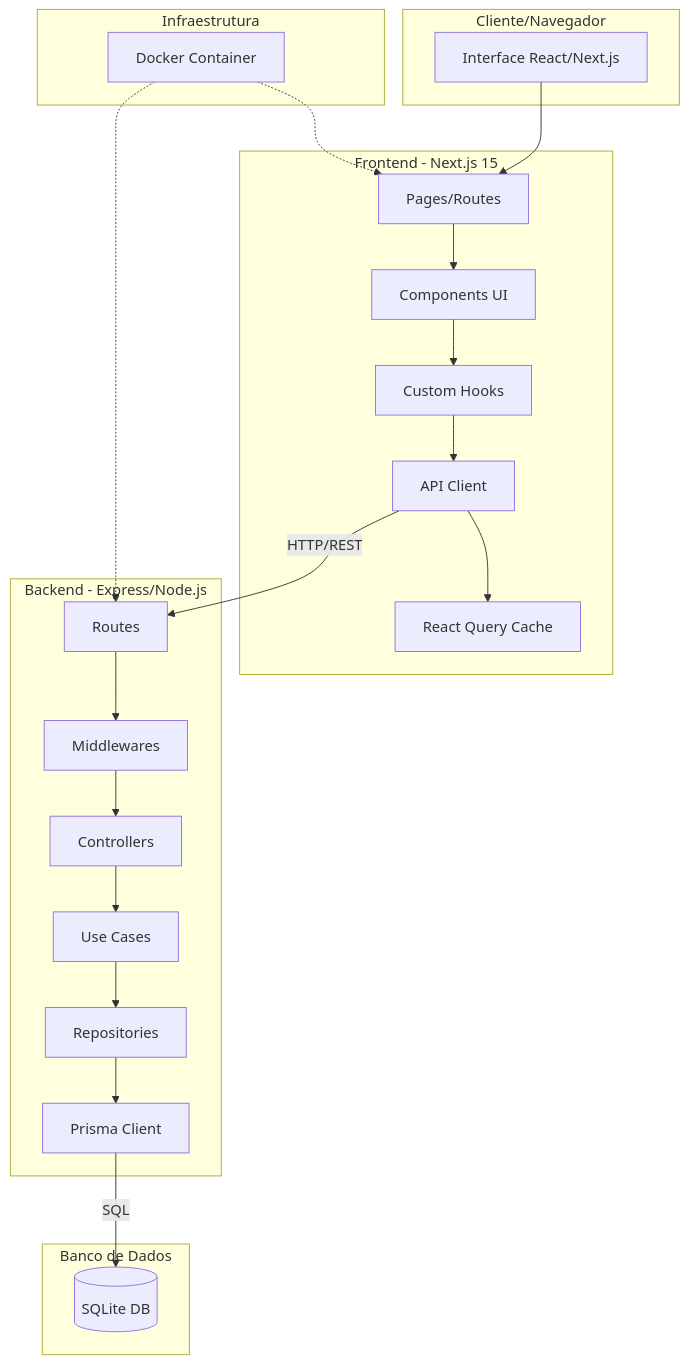
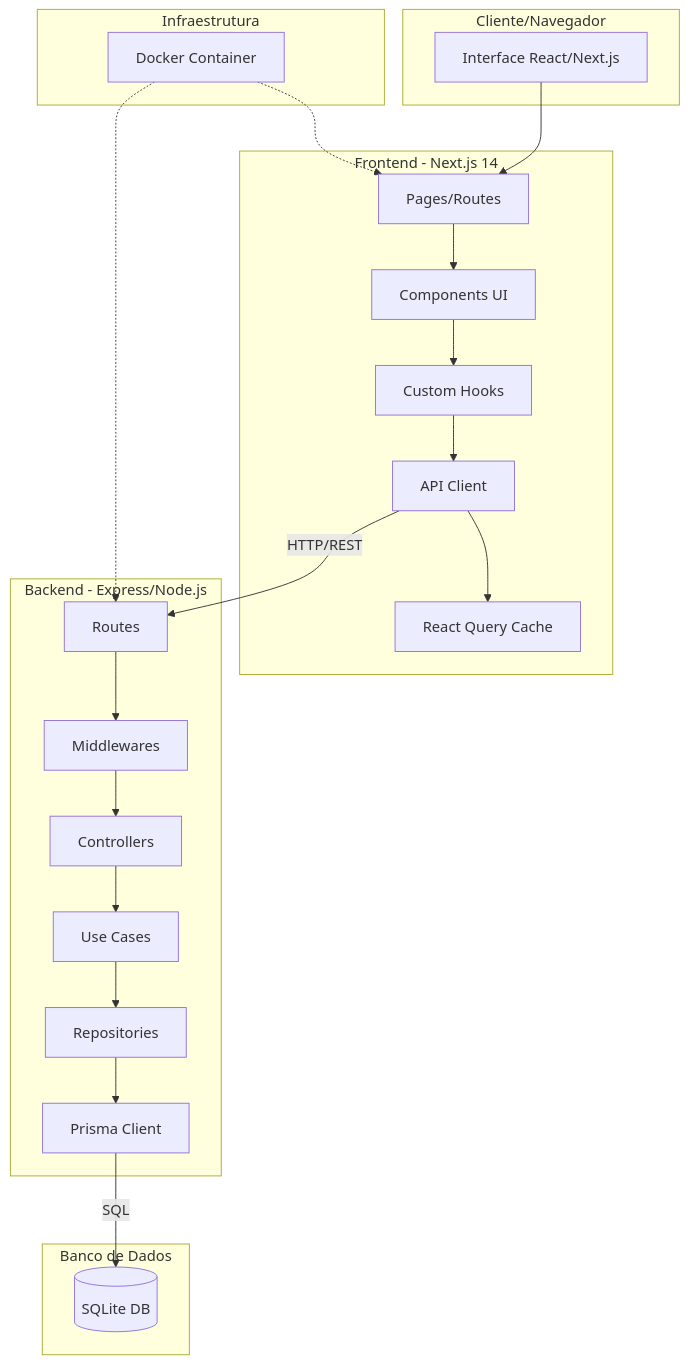
Before and after one commit to JPMworkPROG/TodoManager: the first of 3 diagrams in documentation/diagrams/architecture.md, drawn with Mermaid. The commit also changed other lines of this file, not shown here.

Commit message:
📝 update diagram

````diff
--- a/documentation/diagrams/architecture.md
+++ b/documentation/diagrams/architecture.md
@@ -5,48 +5,48 @@
 ```mermaid
 graph TB
     subgraph "Cliente/Navegador"
         UI[Interface React/Next.js]
     end
 
-    subgraph "Frontend - Next.js 15"
+    subgraph "Frontend - Next.js 14"
         Pages[Pages/Routes]
         Components[Components UI]
         Hooks[Custom Hooks]
         API_Client[API Client]
         RQ[React Query Cache]
     end
 
     subgraph "Backend - Express/Node.js"
         Routes[Routes]
         Middleware[Middlewares]
         Controllers[Controllers]
         UseCases[Use Cases]
         Repositories[Repositories]
         Prisma[Prisma Client]
     end
 
     subgraph "Banco de Dados"
         SQLite[(SQLite DB)]
     end
 
     subgraph "Infraestrutura"
         Docker[Docker Container]
     end
 
     UI --> Pages
     Pages --> Components
     Components --> Hooks
     Hooks --> API_Client
     API_Client --> RQ
     API_Client -->|HTTP/REST| Routes
     
     Routes --> Middleware
     Middleware --> Controllers
     Controllers --> UseCases
     UseCases --> Repositories
     Repositories --> Prisma
     Prisma -->|SQL| SQLite
     
     Docker -.-> Routes
     Docker -.-> Pages
 ```
````
